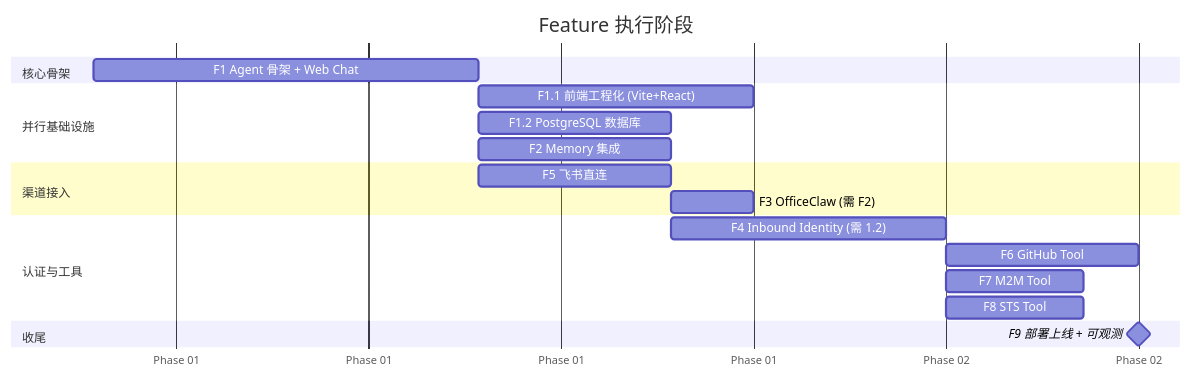
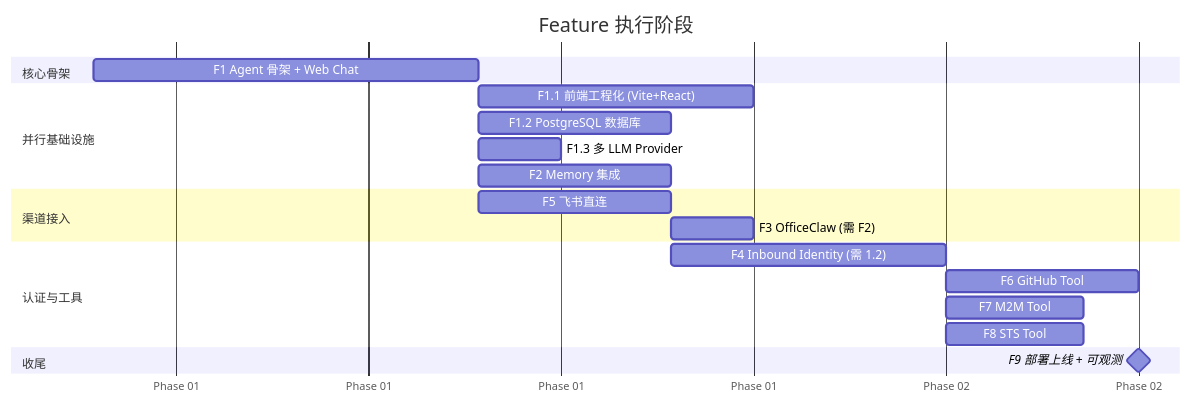
Before and after one commit to T-1009/personal-assistant: the second of 2 diagrams in personal-assistant-meta/issues/features/README.md, drawn with Mermaid. The commit also changed other lines of this file and 8 other files, not shown here.

````diff
--- a/personal-assistant-meta/issues/features/README.md
+++ b/personal-assistant-meta/issues/features/README.md
@@ -58,27 +60,28 @@
 ```mermaid
 gantt
     title Feature 执行阶段
     dateFormat  YYYY-MM-DD
     axisFormat  Phase %m
 
     section 核心骨架
     F1  Agent 骨架 + Web Chat       :f1, 2026-01-01, 14d
 
     section 并行基础设施
     F1.1  前端工程化 (Vite+React)    :f1_1, after f1, 10d
     F1.2  PostgreSQL 数据库          :f1_2, after f1, 7d
+    F1.3  多 LLM Provider            :f1_3, after f1, 3d
     F2    Memory 集成                :f2, after f1, 7d
 
     section 渠道接入
     F5  飞书直连                     :f5, after f1, 7d
     F3  OfficeClaw (需 F2)          :f3, after f2, 3d
 
     section 认证与工具
     F4  Inbound Identity (需 1.2)   :f4, after f1_2, 10d
     F6  GitHub Tool                 :f6, after f4, 7d
     F7  M2M Tool                    :f7, after f4, 5d
     F8  STS Tool                    :f8, after f4, 5d
 
     section 收尾
     F9  部署上线 + 可观测            :milestone, after f6, 0d
 ```
````
